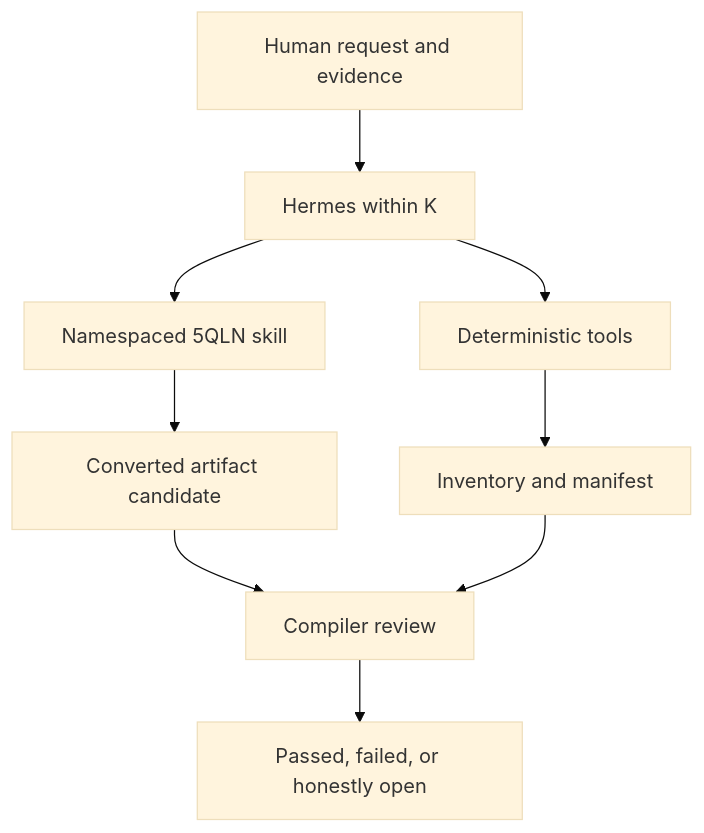
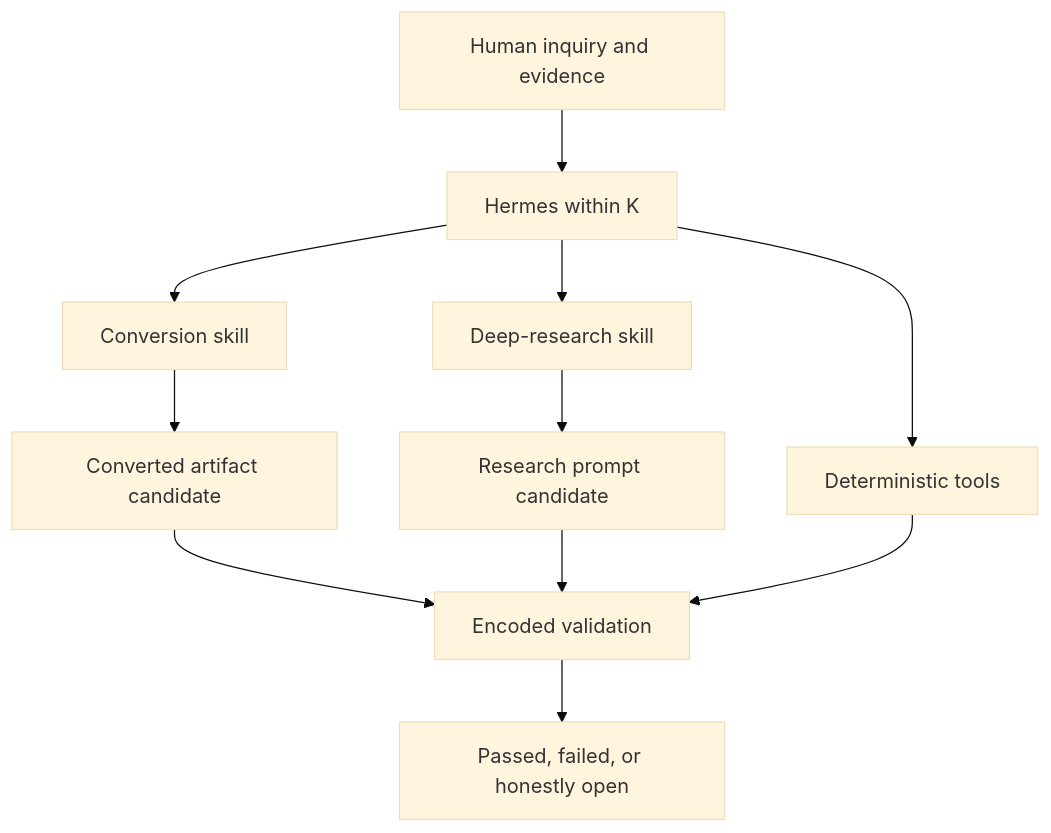
One commit to 5qln/hermes-5qln-plugin changed the diagram in docs/ARCHITECTURE.md. Above: the diagram before and after it, drawn with Mermaid (base theme). The commit also changed other lines of this file and 18 other files, not shown here.

Commit message:
Add Hermes 5QLN deep research skill

````diff
--- a/docs/ARCHITECTURE.md
+++ b/docs/ARCHITECTURE.md
@@ -16,11 +16,13 @@
 ```mermaid
 flowchart TD
-    H["Human request and evidence"] --> K["Hermes within K"]
-    K --> S["Namespaced 5QLN skill"]
+    H["Human inquiry and evidence"] --> K["Hermes within K"]
+    K --> C["Conversion skill"]
+    K --> R["Deep-research skill"]
     K --> T["Deterministic tools"]
-    S --> A["Converted artifact candidate"]
-    T --> L["Inventory and manifest"]
-    A --> C["Compiler review"]
-    L --> C
-    C --> R["Passed, failed, or honestly open"]
+    C --> A["Converted artifact candidate"]
+    R --> P["Research prompt candidate"]
+    A --> V["Encoded validation"]
+    P --> V
+    T --> V
+    V --> O["Passed, failed, or honestly open"]
 ```
````
